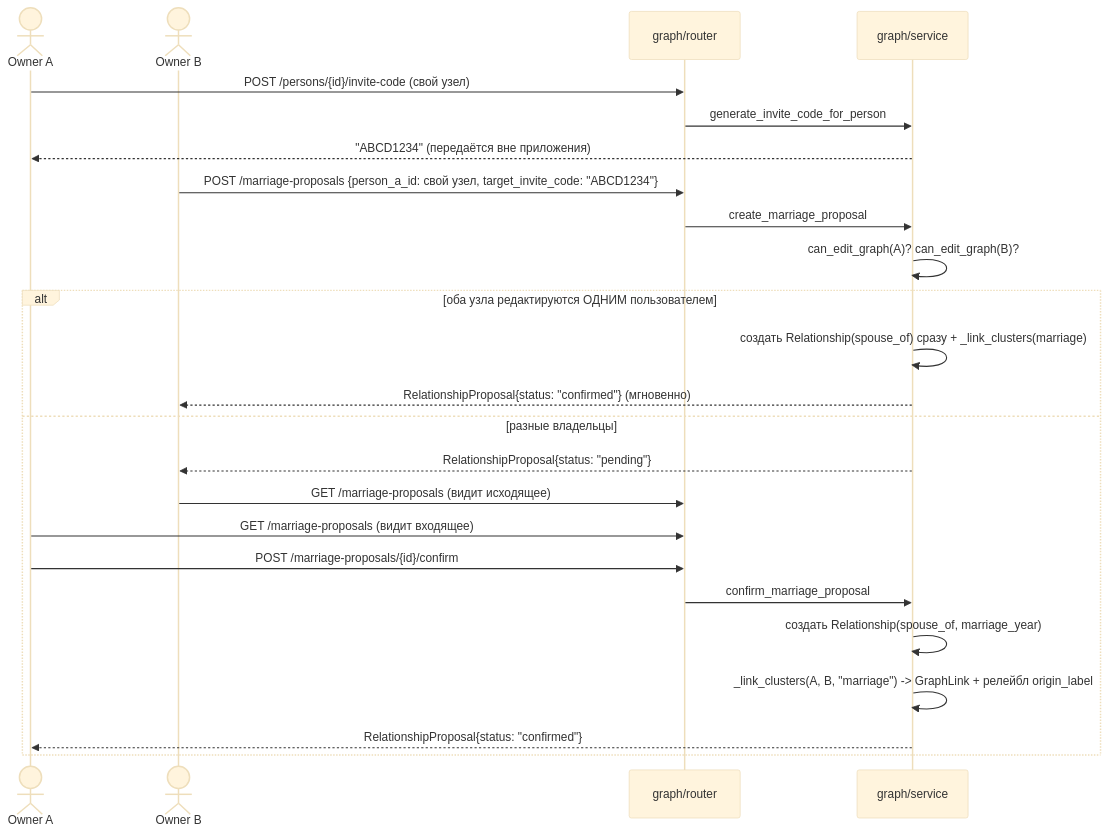
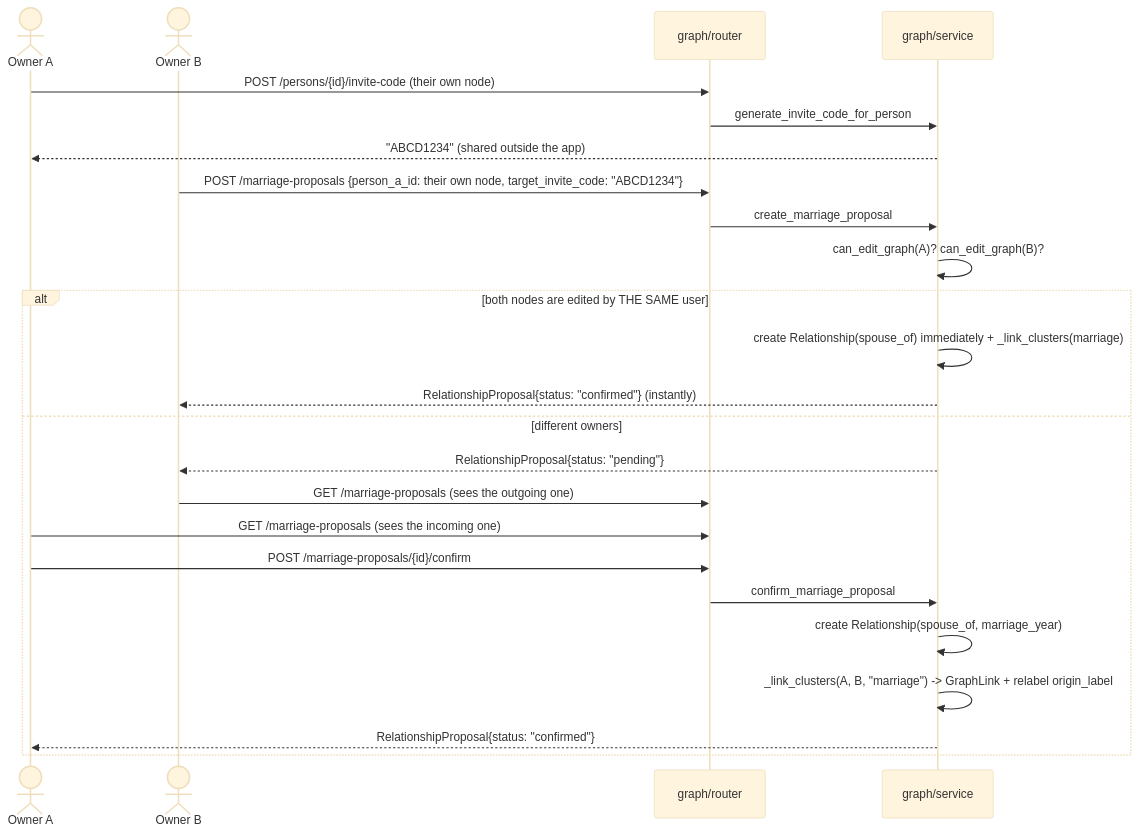
The fourth of 7 diagrams in README.md (moera-sudo/jeli), drawn with Mermaid (base theme) before and after one commit. The commit also changed other lines of this file and 61 other files, not shown here.

````diff
--- a/README.md
+++ b/README.md
@@ -433,28 +436,28 @@
 ```mermaid
 sequenceDiagram
     actor OwnerA as Owner A
     actor OwnerB as Owner B
     participant R as graph/router
     participant S as graph/service
 
-    OwnerA->>R: POST /persons/{id}/invite-code (свой узел)
+    OwnerA->>R: POST /persons/{id}/invite-code (their own node)
     R->>S: generate_invite_code_for_person
-    S-->>OwnerA: "ABCD1234" (передаётся вне приложения)
+    S-->>OwnerA: "ABCD1234" (shared outside the app)
 
-    OwnerB->>R: POST /marriage-proposals {person_a_id: свой узел, target_invite_code: "ABCD1234"}
+    OwnerB->>R: POST /marriage-proposals {person_a_id: their own node, target_invite_code: "ABCD1234"}
     R->>S: create_marriage_proposal
     S->>S: can_edit_graph(A)? can_edit_graph(B)?
-    alt оба узла редактируются ОДНИМ пользователем
-        S->>S: создать Relationship(spouse_of) сразу + _link_clusters(marriage)
-        S-->>OwnerB: RelationshipProposal{status: "confirmed"} (мгновенно)
-    else разные владельцы
+    alt both nodes are edited by THE SAME user
+        S->>S: create Relationship(spouse_of) immediately + _link_clusters(marriage)
+        S-->>OwnerB: RelationshipProposal{status: "confirmed"} (instantly)
+    else different owners
         S-->>OwnerB: RelationshipProposal{status: "pending"}
-        OwnerB->>R: GET /marriage-proposals (видит исходящее)
-        OwnerA->>R: GET /marriage-proposals (видит входящее)
+        OwnerB->>R: GET /marriage-proposals (sees the outgoing one)
+        OwnerA->>R: GET /marriage-proposals (sees the incoming one)
         OwnerA->>R: POST /marriage-proposals/{id}/confirm
         R->>S: confirm_marriage_proposal
-        S->>S: создать Relationship(spouse_of, marriage_year)
-        S->>S: _link_clusters(A, B, "marriage") -> GraphLink + релейбл origin_label
+        S->>S: create Relationship(spouse_of, marriage_year)
+        S->>S: _link_clusters(A, B, "marriage") -> GraphLink + relabel origin_label
         S-->>OwnerA: RelationshipProposal{status: "confirmed"}
     end
 ```
````
